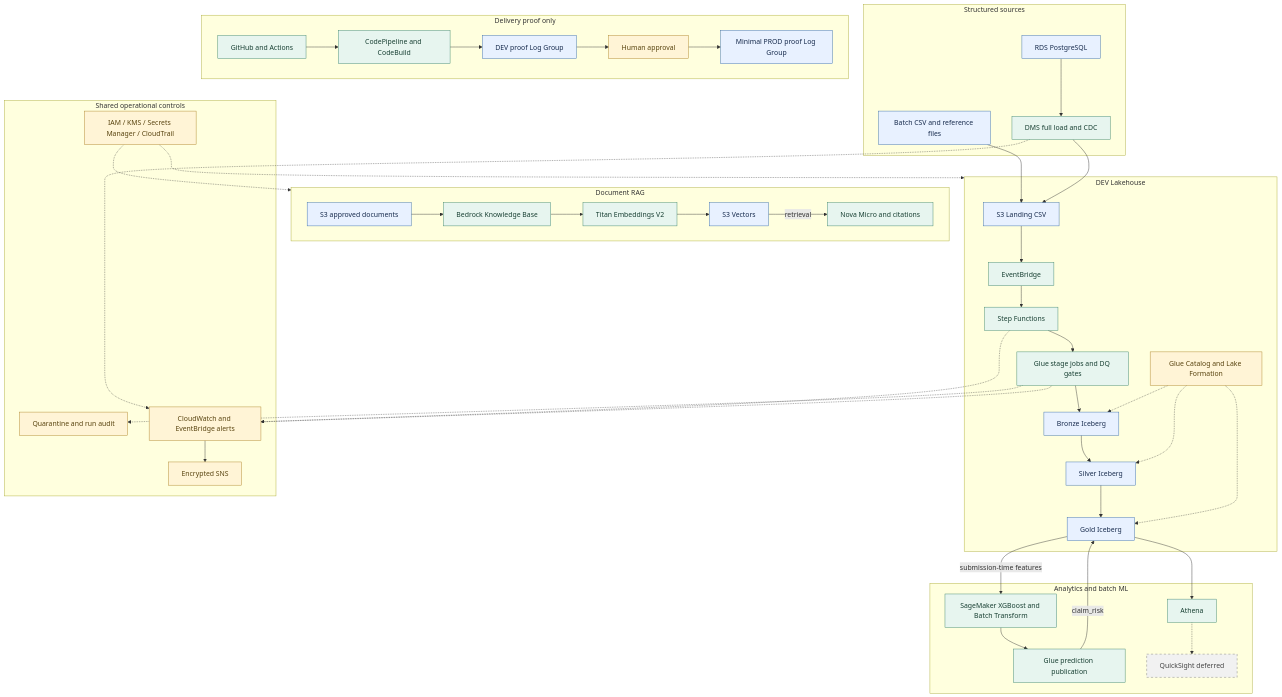
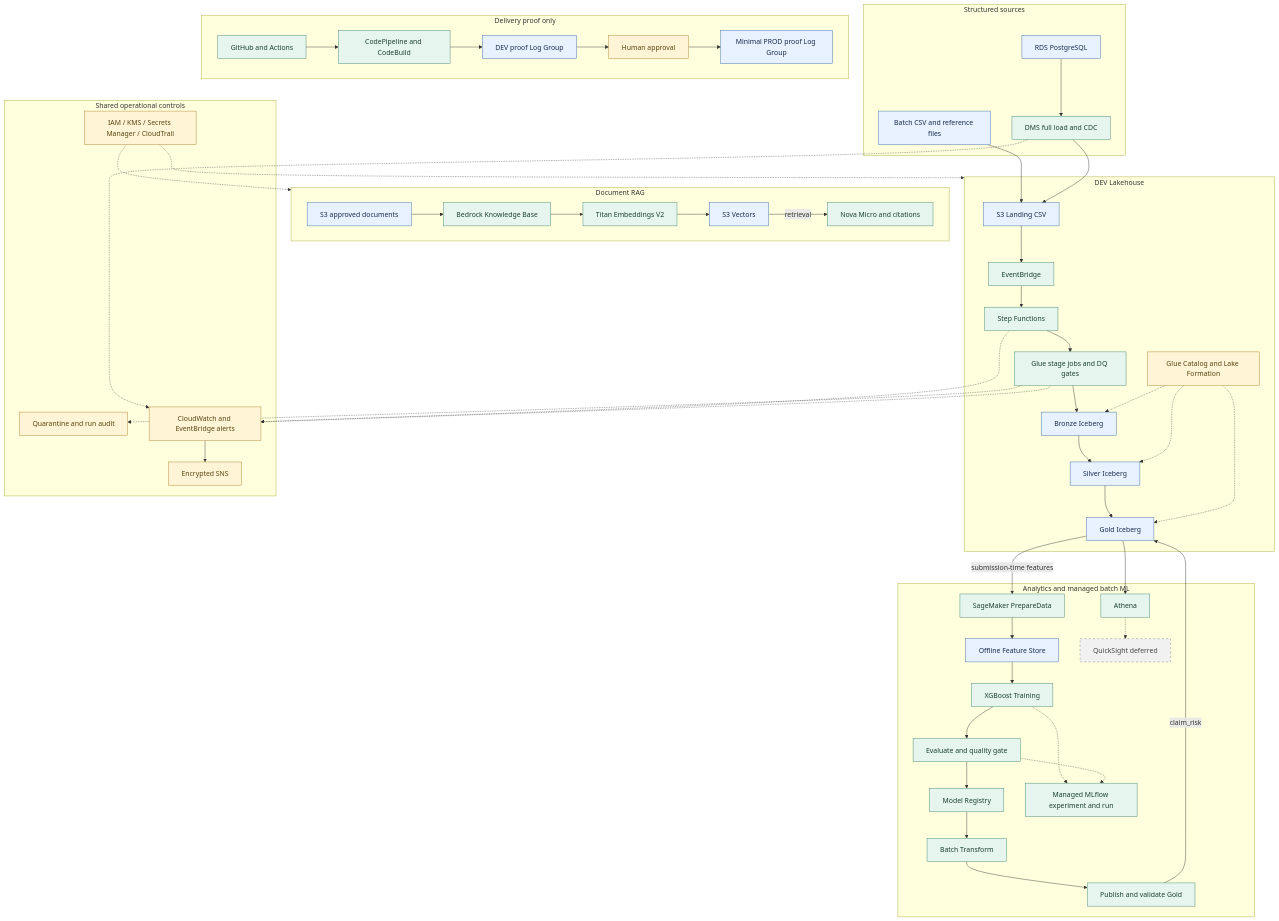
One commit to qcc91/AWS-PIPELINE-AI changed the diagram in docs/architecture/final-architecture.md. Above: the diagram before and after it, drawn with Mermaid. The commit also changed other lines of this file and 11 other files, not shown here.

````diff
--- a/docs/architecture/final-architecture.md
+++ b/docs/architecture/final-architecture.md
@@ -5,63 +5,71 @@
 ```mermaid
 flowchart TB
   subgraph sources[Structured sources]
     CSV[Batch CSV and reference files]
     PG[RDS PostgreSQL] --> DMS[DMS full load and CDC]
   end
   subgraph lake[DEV Lakehouse]
     LAND[S3 Landing CSV] --> EVT[EventBridge]
     EVT --> SF[Step Functions]
     SF --> GLUE[Glue stage jobs and DQ gates]
     GLUE --> B[Bronze Iceberg]
     B --> S[Silver Iceberg]
     S --> G[Gold Iceberg]
     GOV[Glue Catalog and Lake Formation]
     GOV -.-> B
     GOV -.-> S
     GOV -.-> G
   end
   CSV --> LAND
   DMS --> LAND
-  subgraph consumers[Analytics and batch ML]
+  subgraph consumers[Analytics and managed batch ML]
     A[Athena]
-    ML[SageMaker XGBoost and Batch Transform]
-    P[Glue prediction publication]
+    PREP[SageMaker PrepareData]
+    FS[Offline Feature Store]
+    TRAIN[XGBoost Training]
+    EVAL[Evaluate and quality gate]
+    REG[Model Registry]
+    BT[Batch Transform]
+    P[Publish and validate Gold]
+    MF[Managed MLflow experiment and run]
     QS[QuickSight deferred]
     A -.-> QS
-    ML --> P
+    PREP --> FS --> TRAIN --> EVAL --> REG --> BT --> P
+    TRAIN -.-> MF
+    EVAL -.-> MF
   end
   G --> A
-  G -->|submission-time features| ML
+  G -->|submission-time features| PREP
   P -->|claim_risk| G
   subgraph rag[Document RAG]
     DOC[S3 approved documents] --> KB[Bedrock Knowledge Base]
     KB --> TITAN[Titan Embeddings V2]
     TITAN --> VEC[S3 Vectors]
     VEC -->|retrieval| NOVA[Nova Micro and citations]
   end
   subgraph controls[Shared operational controls]
     AUD[Quarantine and run audit]
     MON[CloudWatch and EventBridge alerts] --> SNS[Encrypted SNS]
     SEC[IAM / KMS / Secrets Manager / CloudTrail]
   end
   GLUE -.-> AUD
   SF -.-> MON
   GLUE -.-> MON
   DMS -.-> MON
   SEC -.-> lake
   SEC -.-> rag
   subgraph delivery[Delivery proof only]
     GH[GitHub and Actions] --> CD[CodePipeline and CodeBuild]
     CD --> DP[DEV proof Log Group]
     DP --> HA[Human approval]
     HA --> PP[Minimal PROD proof Log Group]
   end
   classDef data fill:#e8f1ff,stroke:#3569a8,color:#172b4d;
   classDef process fill:#e7f5ef,stroke:#398268,color:#173f32;
   classDef control fill:#fff4d6,stroke:#ab8124,color:#594410;
   classDef deferred fill:#f1f1f1,stroke:#777,color:#444,stroke-dasharray:5 5;
-  class CSV,PG,LAND,B,S,G,DOC,VEC,DP,PP data;
-  class DMS,EVT,SF,GLUE,A,ML,P,KB,TITAN,NOVA,GH,CD process;
+  class CSV,PG,LAND,B,S,G,DOC,VEC,DP,PP,FS data;
+  class DMS,EVT,SF,GLUE,A,PREP,TRAIN,EVAL,REG,BT,P,MF,KB,TITAN,NOVA,GH,CD process;
   class GOV,AUD,MON,SNS,SEC,HA control;
   class QS deferred;
 ```
````
